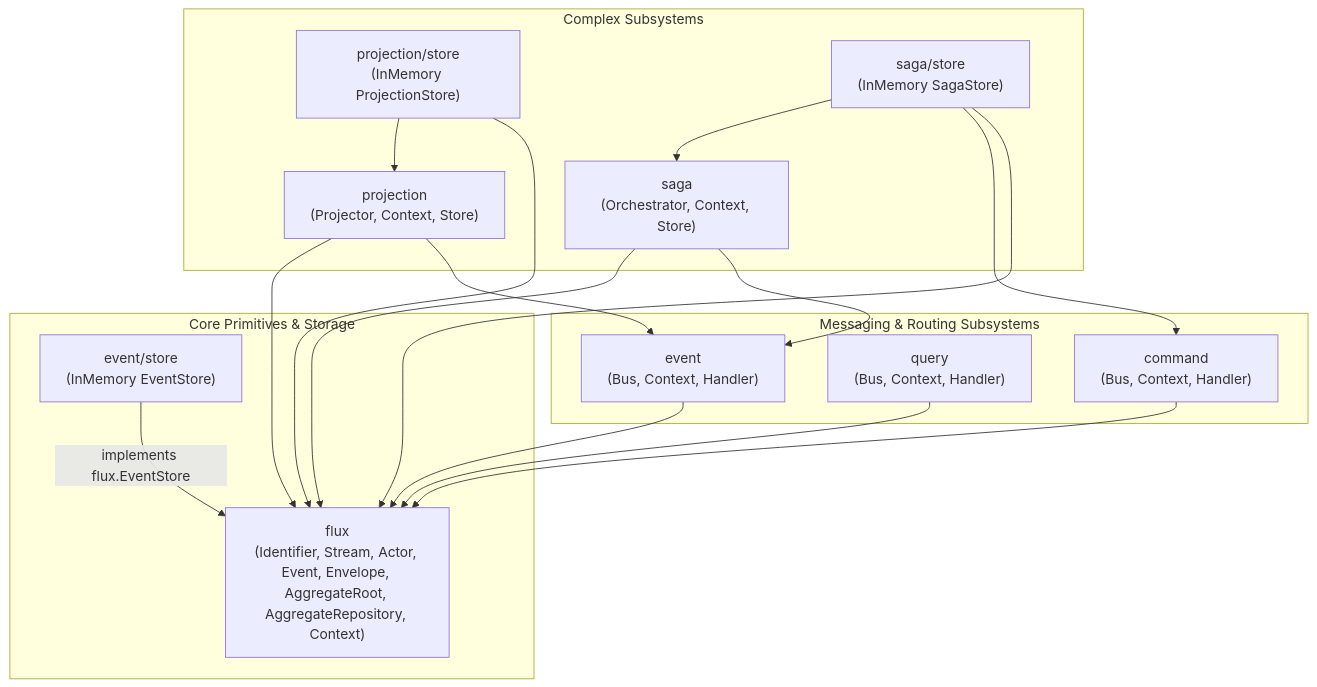
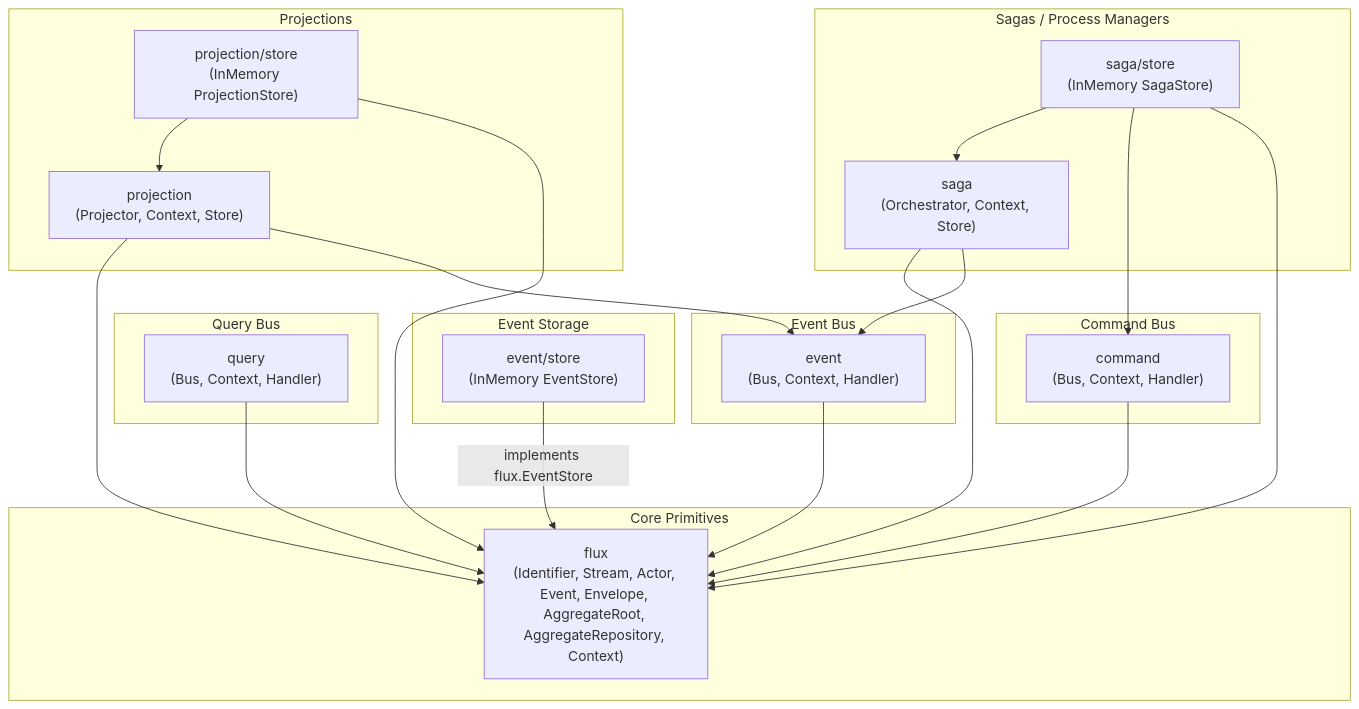
Before and after one commit to wotek/flux: the diagram in docs/ARCHITECTURE.md, drawn with Mermaid.

Commit message:
docs: split subsystems into dedicated domain boxes in Dependency Flow Diagram

````diff
--- a/docs/ARCHITECTURE.md
+++ b/docs/ARCHITECTURE.md
@@ -34,37 +34,49 @@
 ```mermaid
 flowchart TD
-    subgraph Core ["Core Primitives & Storage"]
+    subgraph Core ["Core Primitives"]
         Flux["flux<br/>(Identifier, Stream, Actor, Event, Envelope, AggregateRoot, AggregateRepository, Context)"]
+    end
+
+    subgraph EventStoreDomain ["Event Storage"]
         EventStore["event/store<br/>(InMemory EventStore)"]
     end
 
-    subgraph Messaging ["Messaging & Routing Subsystems"]
+    subgraph CommandDomain ["Command Bus"]
         Command["command<br/>(Bus, Context, Handler)"]
+    end
+
+    subgraph QueryDomain ["Query Bus"]
         Query["query<br/>(Bus, Context, Handler)"]
+    end
+
+    subgraph EventDomain ["Event Bus"]
         Event["event<br/>(Bus, Context, Handler)"]
     end
 
-    subgraph Subsystems ["Complex Subsystems"]
+    subgraph ProjectionDomain ["Projections"]
         Projection["projection<br/>(Projector, Context, Store)"]
         ProjStore["projection/store<br/>(InMemory ProjectionStore)"]
+    end
+
+    subgraph SagaDomain ["Sagas / Process Managers"]
         Saga["saga<br/>(Orchestrator, Context, Store)"]
         SagaStore["saga/store<br/>(InMemory SagaStore)"]
     end
 
     %% Dependencies
     EventStore -->|implements flux.EventStore| Flux
     Command --> Flux
     Query --> Flux
     Event --> Flux
 
     Projection --> Flux
     Projection --> Event
     ProjStore --> Projection
     ProjStore --> Flux
 
     Saga --> Flux
     Saga --> Event
     SagaStore --> Saga
     SagaStore --> Command
     SagaStore --> Flux
 ```
````
